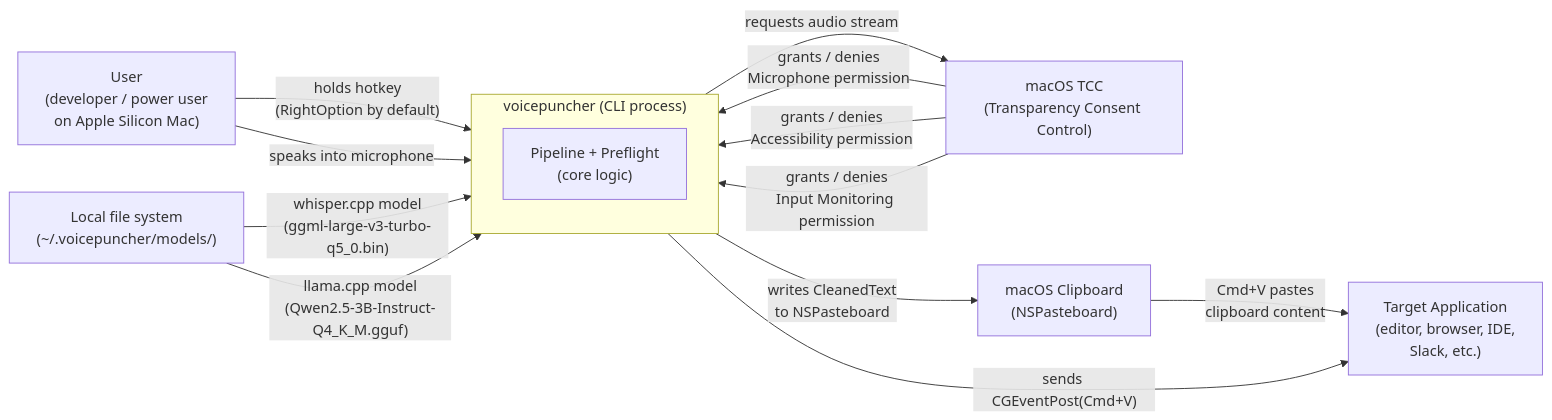
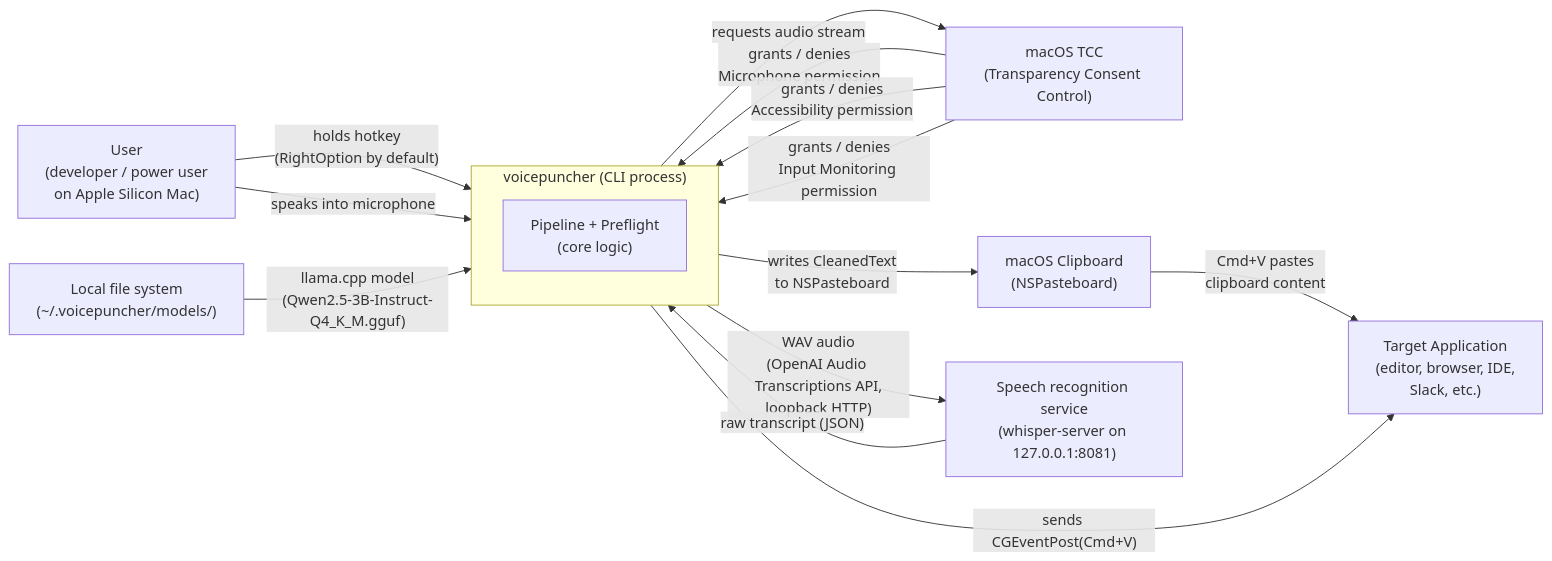
Before and after one commit to firstpilotpirx/voicepuncher: the first of 2 diagrams in docs/architecture/context.md, drawn with Mermaid. The commit also changed other lines of this file and 41 other files, not shown here.

First line of the commit message:
feat(transcription)!: transcribe through a local speech recognition service (#11)

````diff
--- a/docs/architecture/context.md
+++ b/docs/architecture/context.md
@@ -5,26 +5,28 @@
 ```mermaid
 flowchart LR
     USER["User\n(developer / power user\non Apple Silicon Mac)"]
 
     subgraph vp["voicepuncher (CLI process)"]
         direction TB
         CORE["Pipeline + Preflight\n(core logic)"]
     end
 
     TCC["macOS TCC\n(Transparency Consent Control)"]
     CLIPBOARD["macOS Clipboard\n(NSPasteboard)"]
     CURSOR["Target Application\n(editor, browser, IDE,\nSlack, etc.)"]
     MODELFS["Local file system\n(~/.voicepuncher/models/)"]
+    STT["Speech recognition service\n(whisper-server on 127.0.0.1:8081)"]
 
     USER -- "holds hotkey\n(RightOption by default)" --> vp
     USER -- "speaks into microphone" --> vp
     vp -- "requests audio stream" --> TCC
     TCC -- "grants / denies\nMicrophone permission" --> vp
     TCC -- "grants / denies\nAccessibility permission" --> vp
     TCC -- "grants / denies\nInput Monitoring permission" --> vp
     vp -- "writes CleanedText\nto NSPasteboard" --> CLIPBOARD
     vp -- "sends CGEventPost(Cmd+V)" --> CURSOR
     CLIPBOARD -- "Cmd+V pastes\nclipboard content" --> CURSOR
-    MODELFS -- "whisper.cpp model\n(ggml-large-v3-turbo-q5_0.bin)" --> vp
+    vp -- "WAV audio\n(OpenAI Audio Transcriptions API,\nloopback HTTP)" --> STT
+    STT -- "raw transcript (JSON)" --> vp
     MODELFS -- "llama.cpp model\n(Qwen2.5-3B-Instruct-Q4_K_M.gguf)" --> vp
 ```
````
